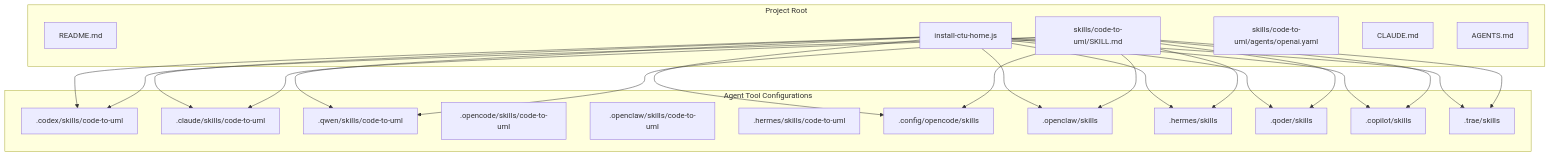
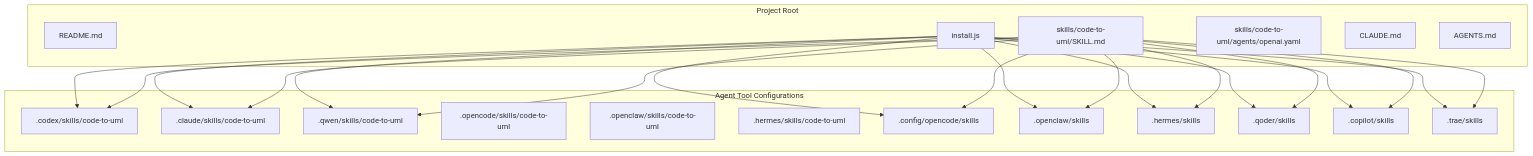
The first of 5 diagrams in .qoder/repowiki/en/content/AI Agent Integration/Agent Setup Guides/Agent Setup Guides.md (pingwurth/code-to-uml), drawn with Mermaid before and after one commit. The commit also changed other lines of this file and 26 other files, not shown here.

Commit message:
rename install-ctu-home.js install.js

````diff
--- a/.qoder/repowiki/en/content/AI Agent Integration/Agent Setup Guides/Agent Setup Guides.md
+++ b/.qoder/repowiki/en/content/AI Agent Integration/Agent Setup Guides/Agent Setup Guides.md
@@ -36,43 +36,43 @@
 ```mermaid
 graph TB
 subgraph "Project Root"
 A["README.md"]
-B["install-ctu-home.js"]
+B["install.js"]
 C["skills/code-to-uml/SKILL.md"]
 D["skills/code-to-uml/agents/openai.yaml"]
 E["CLAUDE.md"]
 F["AGENTS.md"]
 end
 subgraph "Agent Tool Configurations"
 G[".codex/skills/code-to-uml"]
 H[".claude/skills/code-to-uml"]
 I[".qwen/skills/code-to-uml"]
 J[".opencode/skills/code-to-uml"]
 K[".openclaw/skills/code-to-uml"]
 L[".hermes/skills/code-to-uml"]
 M[".config/opencode/skills"]
 N[".openclaw/skills"]
 O[".hermes/skills"]
 P[".qoder/skills"]
 Q[".copilot/skills"]
 R[".trae/skills"]
 end
 B --> G
 B --> H
 B --> I
 B --> M
 B --> N
 B --> O
 B --> P
 B --> Q
 B --> R
 C --> G
 C --> H
 C --> I
 C --> M
 C --> N
 C --> O
 C --> P
 C --> Q
 C --> R
 ```
````
